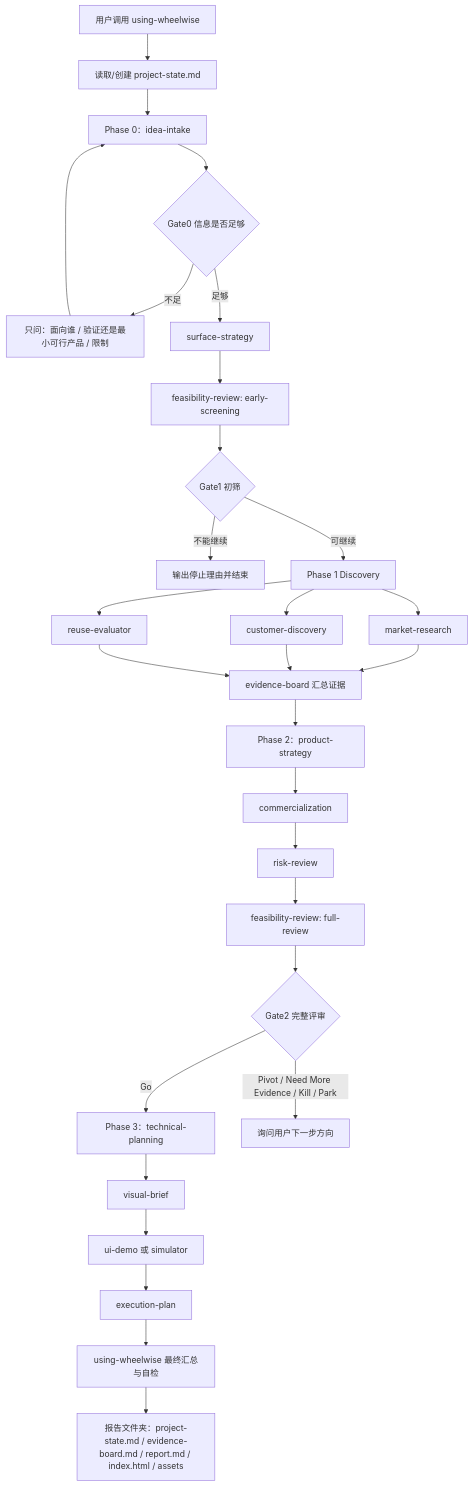
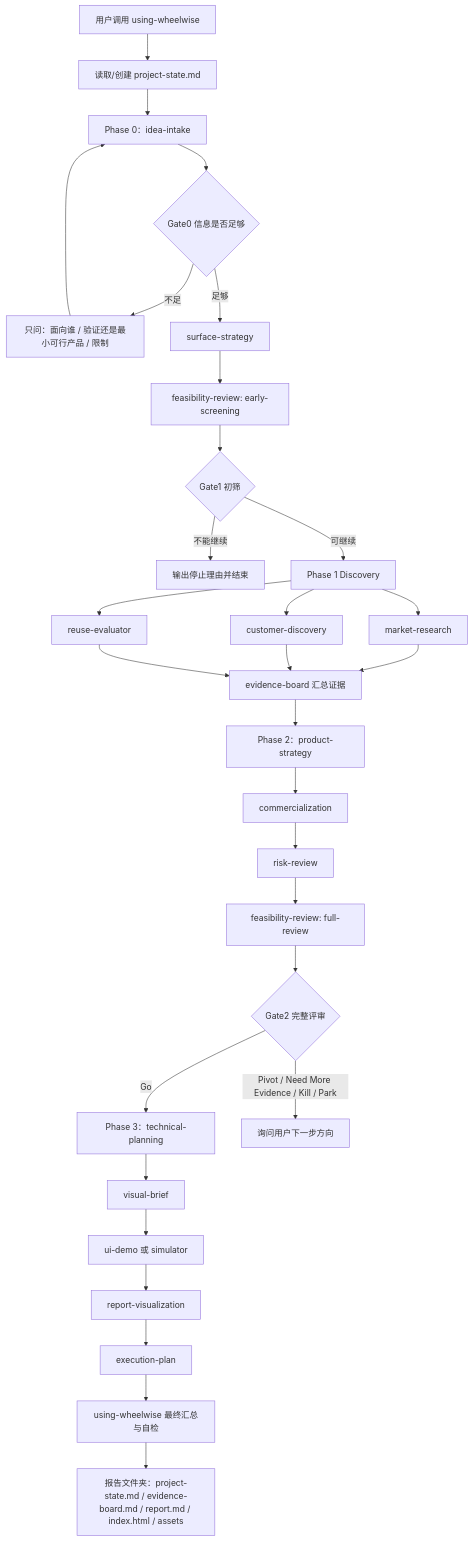
One commit to Duzhenyang111/WheelWise changed the diagram in WORKFLOW_GUIDE_ZH.md. Above: the diagram before and after it, drawn with Mermaid. The commit also changed other lines of this file and 24 other files, not shown here.

Commit message:
feat: add V4.1 visual delivery architecture

````diff
--- a/WORKFLOW_GUIDE_ZH.md
+++ b/WORKFLOW_GUIDE_ZH.md
@@ -38,31 +38,32 @@
 ```mermaid
 flowchart TD
   A["用户调用 using-wheelwise"] --> S["读取/创建 project-state.md"]
   S --> B["Phase 0：idea-intake"]
   B --> G0{"Gate0 信息是否足够"}
   G0 -->|不足| Q["只问：面向谁 / 验证还是最小可行产品 / 限制"]
   Q --> B
   G0 -->|足够| C["surface-strategy"]
   C --> D["feasibility-review: early-screening"]
   D --> G1{"Gate1 初筛"}
   G1 -->|不能继续| X["输出停止理由并结束"]
   G1 -->|可继续| E["Phase 1 Discovery"]
   E --> M1["market-research"]
   E --> C1["customer-discovery"]
   E --> R1["reuse-evaluator"]
   M1 --> EB["evidence-board 汇总证据"]
   C1 --> EB
   R1 --> EB
   EB --> PS["Phase 2：product-strategy"]
   PS --> CO["commercialization"]
   CO --> RR["risk-review"]
   RR --> FR["feasibility-review: full-review"]
   FR --> G2{"Gate2 完整评审"}
   G2 -->|Go| TP["Phase 3：technical-planning"]
   G2 -->|Pivot / Need More Evidence / Kill / Park| U["询问用户下一步方向"]
   TP --> VB["visual-brief"]
   VB --> UI["ui-demo 或 simulator"]
-  UI --> EP["execution-plan"]
+  UI --> RV["report-visualization"]
+  RV --> EP["execution-plan"]
   EP --> O["using-wheelwise 最终汇总与自检"]
   O --> P["报告文件夹：project-state.md / evidence-board.md / report.md / index.html / assets"]
 ```
````
